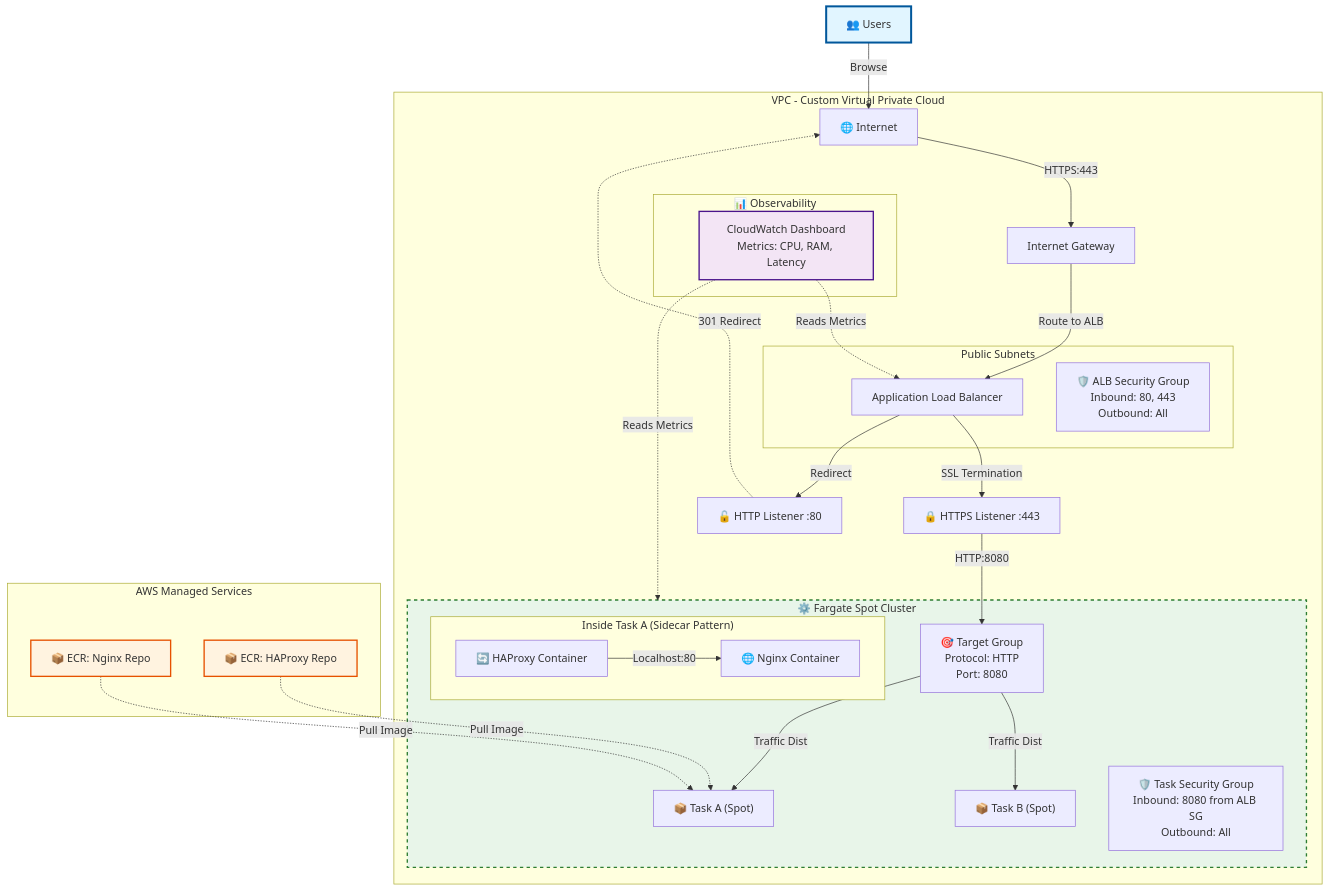
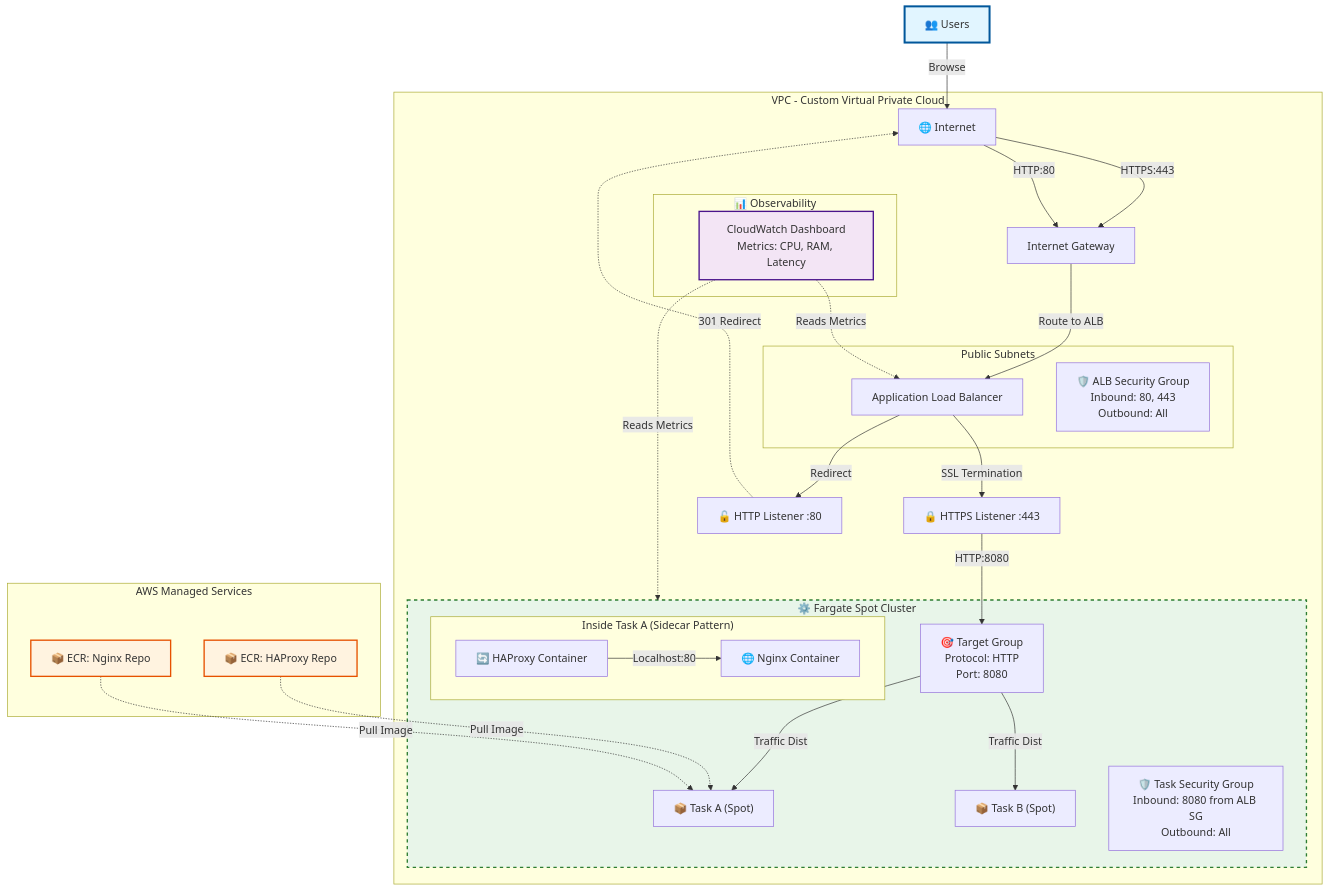
Before and after one commit to thuongdv/ds-dashboard: the diagram in iac/README.md, drawn with Mermaid.

Commit message:
Update http 80 incoming

````diff
--- a/iac/README.md
+++ b/iac/README.md
@@ -7,48 +7,49 @@
 ```mermaid
 graph TD
     Users[👥 Users] -->|Browse| Internet[🌐 Internet]
     Internet -->|HTTPS:443| IGW[Internet Gateway]
+    Internet -->|HTTP:80| IGW
 
     subgraph VPC[VPC - Custom Virtual Private Cloud]
         IGW -->|Route to ALB| ALB[Application Load Balancer]
         
         subgraph Monitoring[📊 Observability]
             Dashboard[CloudWatch Dashboard<br/>Metrics: CPU, RAM, Latency]
         end
 
         subgraph PublicSubnets[Public Subnets]
             ALB
             ALBSG[🛡️ ALB Security Group<br/>Inbound: 80, 443<br/>Outbound: All]
         end
 
         ALB -->|SSL Termination| Listener443[🔒 HTTPS Listener :443]
         ALB -->|Redirect| Listener80[🔓 HTTP Listener :80]
         Listener80 -.->|301 Redirect| Internet
 
         Listener443 -->|HTTP:8080| TG[🎯 Target Group<br/>Protocol: HTTP<br/>Port: 8080]
 
         subgraph FargateCluster[⚙️ Fargate Spot Cluster]
             TG -->|Traffic Dist| Task1["📦 Task A (Spot)"]
             TG -->|Traffic Dist| Task2["📦 Task B (Spot)"]
 
             TaskSG[🛡️ Task Security Group<br/>Inbound: 8080 from ALB SG<br/>Outbound: All]
 
             subgraph Task1Sidecar["Inside Task A (Sidecar Pattern)"]
                 H1[🔄 HAProxy Container] -->|Localhost:80| N1[🌐 Nginx Container]
             end
         end
     end
 
     subgraph AWS_Services[AWS Managed Services]
         ECR_H[📦 ECR: HAProxy Repo] -.->|Pull Image| Task1
         ECR_N[📦 ECR: Nginx Repo] -.->|Pull Image| Task1
         Dashboard -.->|Reads Metrics| ALB
         Dashboard -.->|Reads Metrics| FargateCluster
     end
 
     style Users fill:#e1f5ff,stroke:#01579b,stroke-width:3px
     style FargateCluster fill:#e8f5e9,stroke:#2e7d32,stroke-width:2px,stroke-dasharray: 5 5
     style Dashboard fill:#f3e5f5,stroke:#4a148c,stroke-width:2px
     style ECR_H fill:#fff3e0,stroke:#e65100,stroke-width:2px
     style ECR_N fill:#fff3e0,stroke:#e65100,stroke-width:2px
 ```
````
